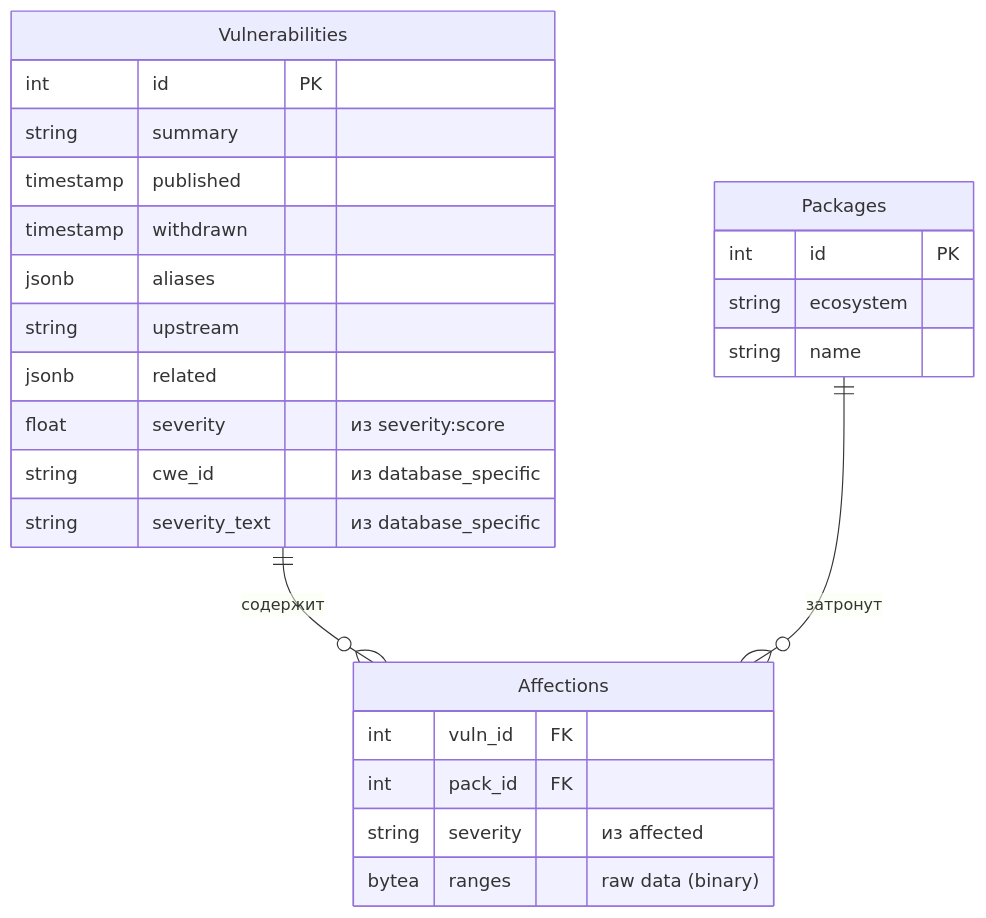
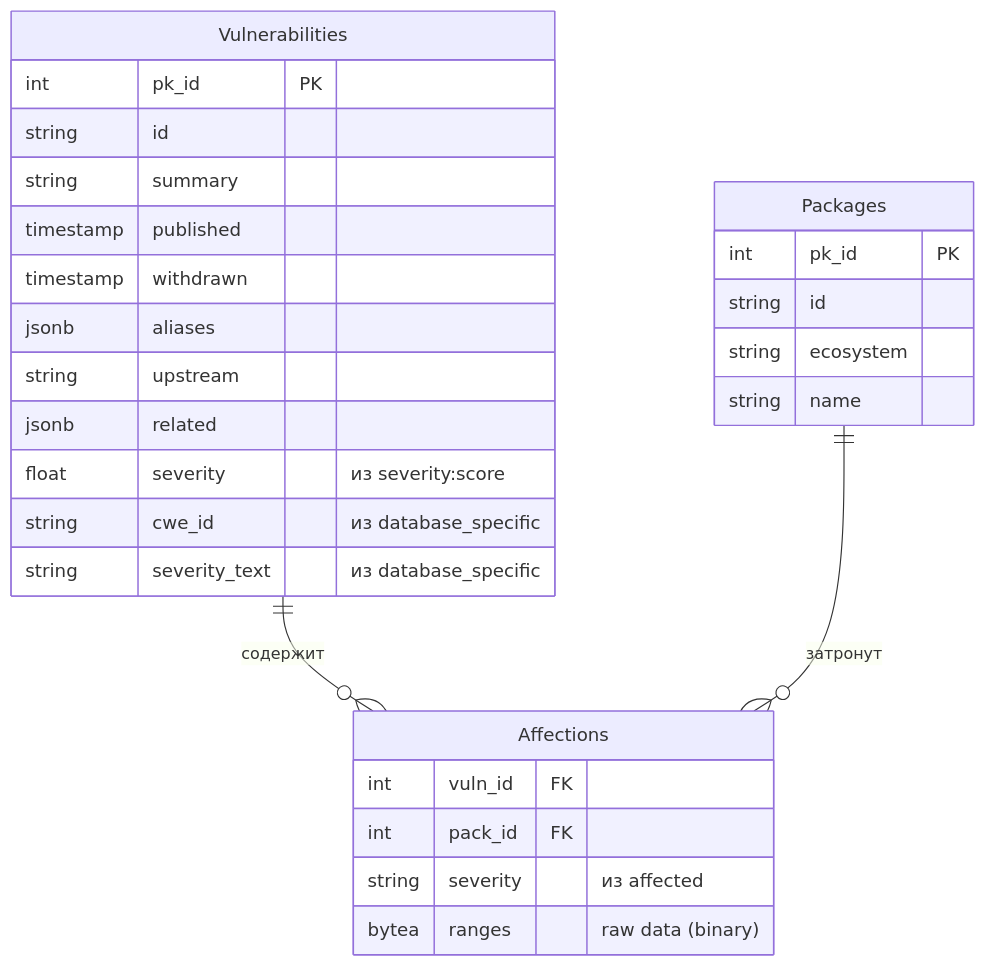
One commit to sstar1475/ai360_osv_insights changed the diagram in db_req.mmd. Above: the diagram before and after it, drawn with Mermaid.

```diff
--- a/db_req.mmd
+++ b/db_req.mmd
@@ -1,29 +1,31 @@
 erDiagram
     Vulnerabilities ||--o{ Affections : "содержит"
     Packages ||--o{ Affections : "затронут"
 
     Vulnerabilities {
-        int id PK
+        int pk_id PK
+        string id
         string summary
         timestamp published
         timestamp withdrawn
         jsonb aliases
         string upstream
         jsonb related
         float severity "из severity:score"
         string cwe_id "из database_specific"
         string severity_text "из database_specific"
     }
 
     Packages {
-        int id PK
+        int pk_id PK
+        string id
         string ecosystem
         string name
     }
 
     Affections {
         int vuln_id FK
         int pack_id FK
         string severity "из affected"
         bytea ranges "raw data (binary)"
     }
```
